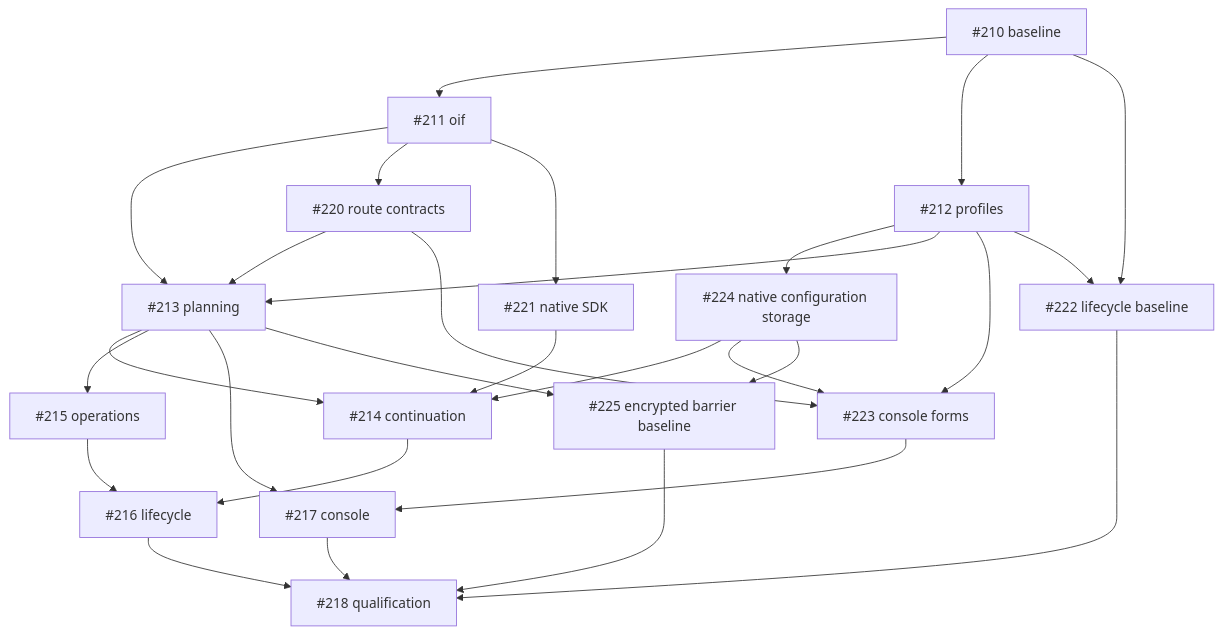
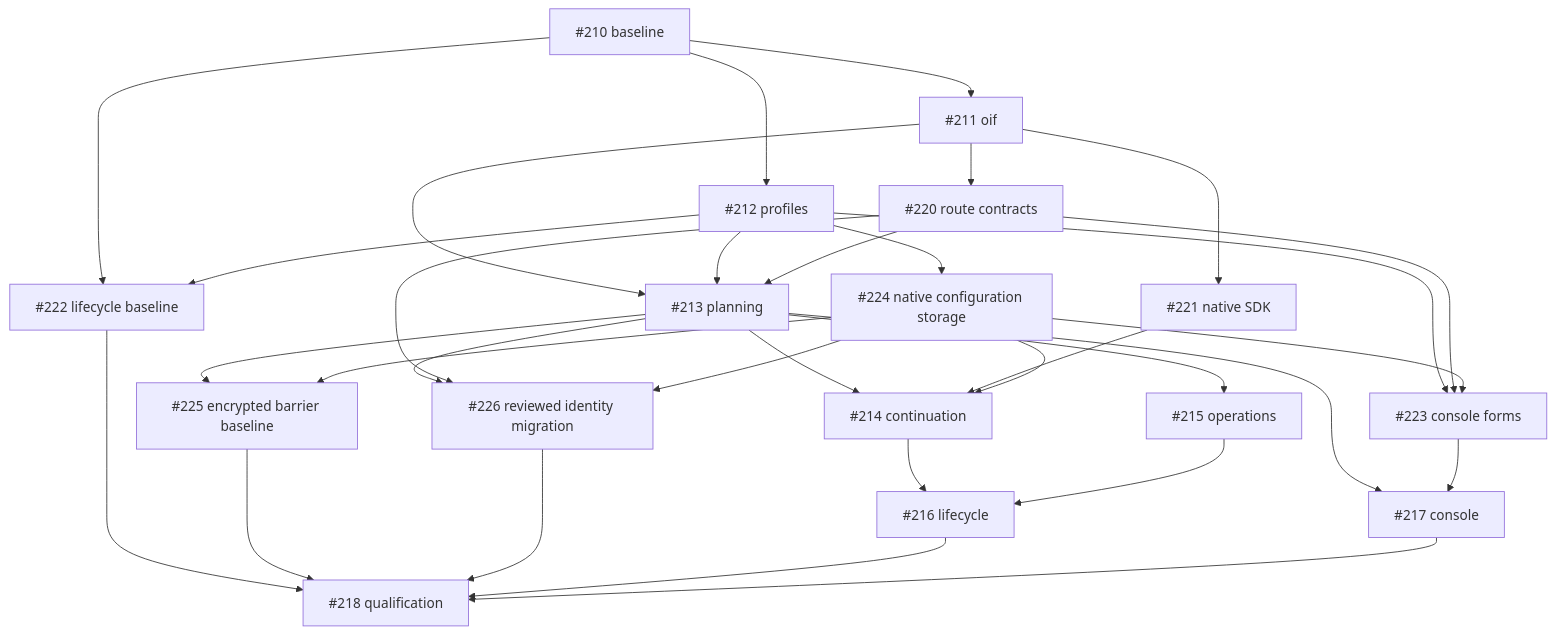
One commit to tyk-swe/olp changed the diagram in docs/implementation/oif.md. Above: the diagram before and after it, drawn with Mermaid. The commit also changed other lines of this file, not shown here.

Commit message:
Track mixed-version strict route migration

````diff
--- a/docs/implementation/oif.md
+++ b/docs/implementation/oif.md
@@ -7,45 +7,50 @@
 ```mermaid
 graph TD
   baseline["#210 baseline"]
   oif["#211 oif"]
   baseline --> oif
   profiles["#212 profiles"]
   baseline --> profiles
   native_config_storage["#224 native configuration storage"]
   profiles --> native_config_storage
   planning["#213 planning"]
   oif --> planning
   profiles --> planning
   route_contracts["#220 route contracts"]
   oif --> route_contracts
   route_contracts --> planning
   continuation["#214 continuation"]
   planning --> continuation
   native_sdk["#221 native SDK"]
   oif --> native_sdk
   native_sdk --> continuation
   native_config_storage --> continuation
   operations["#215 operations"]
   planning --> operations
   lifecycle["#216 lifecycle"]
   continuation --> lifecycle
   operations --> lifecycle
   console["#217 console"]
   planning --> console
   console_forms["#223 console forms"]
   profiles --> console_forms
   route_contracts --> console_forms
   native_config_storage --> console_forms
   console_forms --> console
   qualification["#218 qualification"]
   lifecycle_baseline["#222 lifecycle baseline"]
   baseline --> lifecycle_baseline
   profiles --> lifecycle_baseline
   lifecycle_baseline --> qualification
   barrier_baseline["#225 encrypted barrier baseline"]
   planning --> barrier_baseline
   native_config_storage --> barrier_baseline
   barrier_baseline --> qualification
+  migration_foundation["#226 reviewed identity migration"]
+  planning --> migration_foundation
+  route_contracts --> migration_foundation
+  native_config_storage --> migration_foundation
+  migration_foundation --> qualification
   lifecycle --> qualification
   console --> qualification
 ```
````
